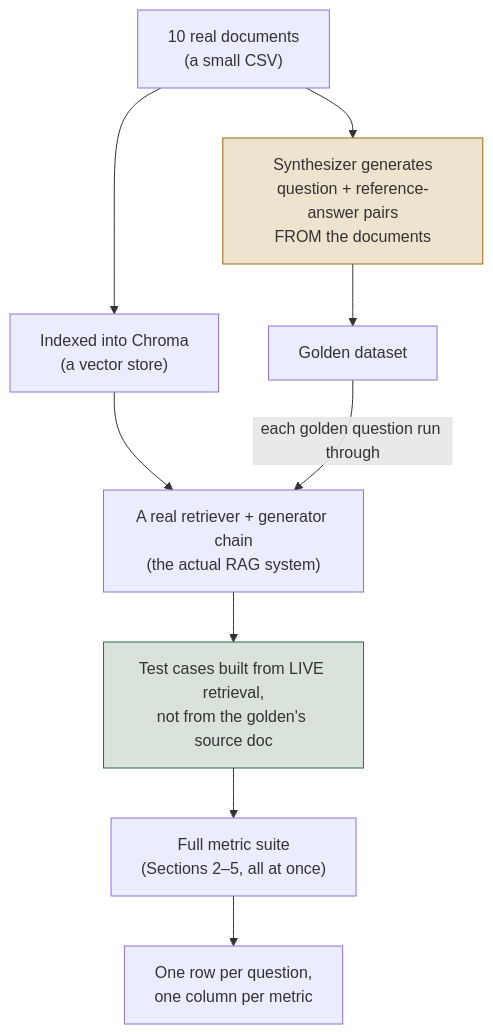
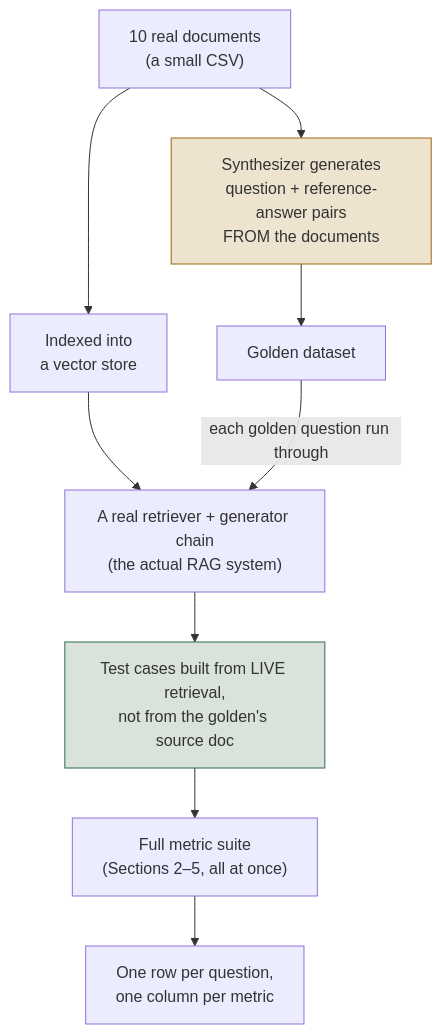
Before and after one commit to Sourav692/Agent_Evaluation_Demystified: the sixth of 6 diagrams in docs/roadmap-explainers/01-rag-retrieval-and-generation.md, drawn with Mermaid. The commit also changed other lines of this file and 34 other files, not shown here.

````diff
--- a/docs/roadmap-explainers/01-rag-retrieval-and-generation.md
+++ b/docs/roadmap-explainers/01-rag-retrieval-and-generation.md
@@ -552,14 +460,14 @@
 ```mermaid
 flowchart TD
-    D["10 real documents<br/>(a small CSV)"] --> IDX["Indexed into Chroma<br/>(a vector store)"]
+    D["10 real documents<br/>(a small CSV)"] --> IDX["Indexed into<br/>a vector store"]
     IDX --> RC["A real retriever + generator chain<br/>(the actual RAG system)"]
     D --> SYN["Synthesizer generates<br/>question + reference-answer pairs<br/>FROM the documents"]
     SYN --> GOLD["Golden dataset"]
     GOLD -->|"each golden question run through"| RC
     RC --> TC["Test cases built from LIVE retrieval,<br/>not from the golden's source doc"]
     TC --> SUITE["Full metric suite<br/>(Sections 2–5, all at once)"]
     SUITE --> TABLE["One row per question,<br/>one column per metric"]
 
     style SYN fill:#EDE3CE,stroke:#9A6A12
     style TC fill:#D9E3DB,stroke:#2F6B4F
 ```
````
